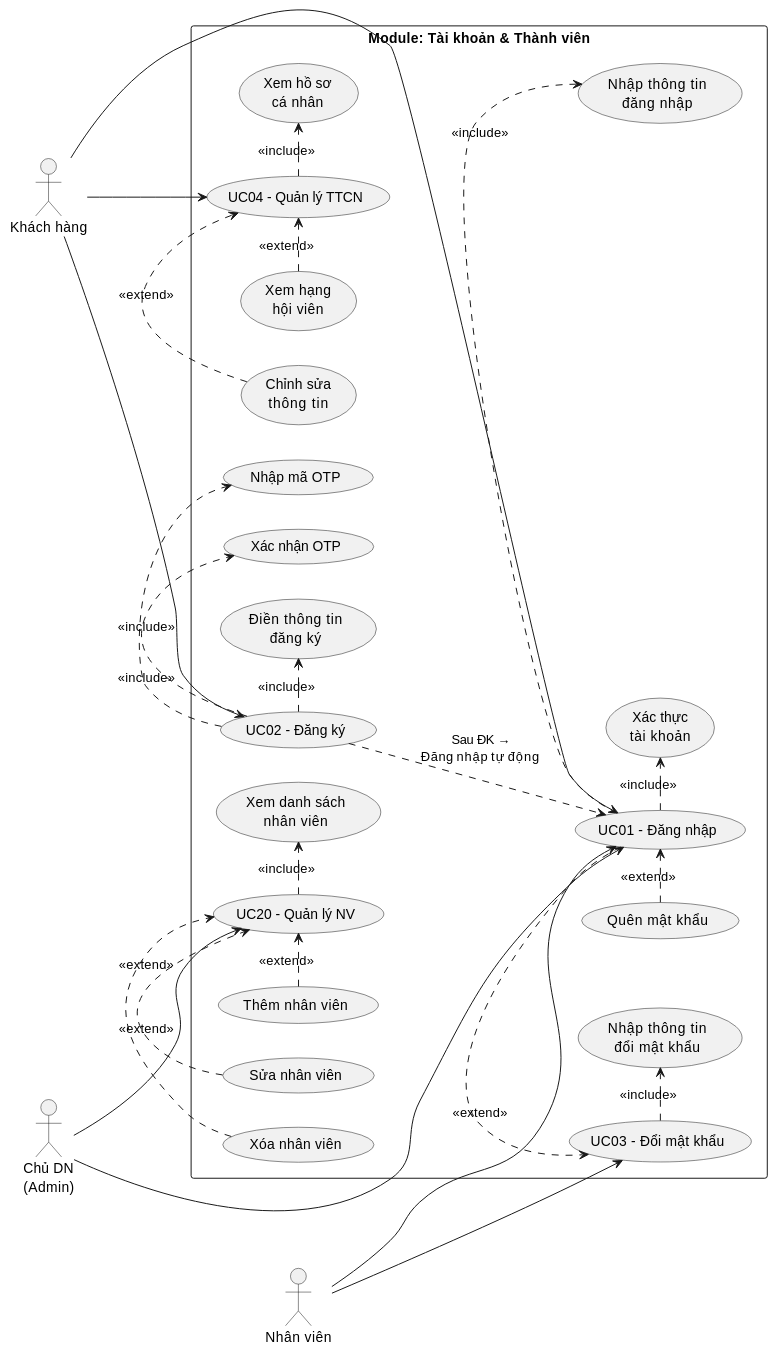
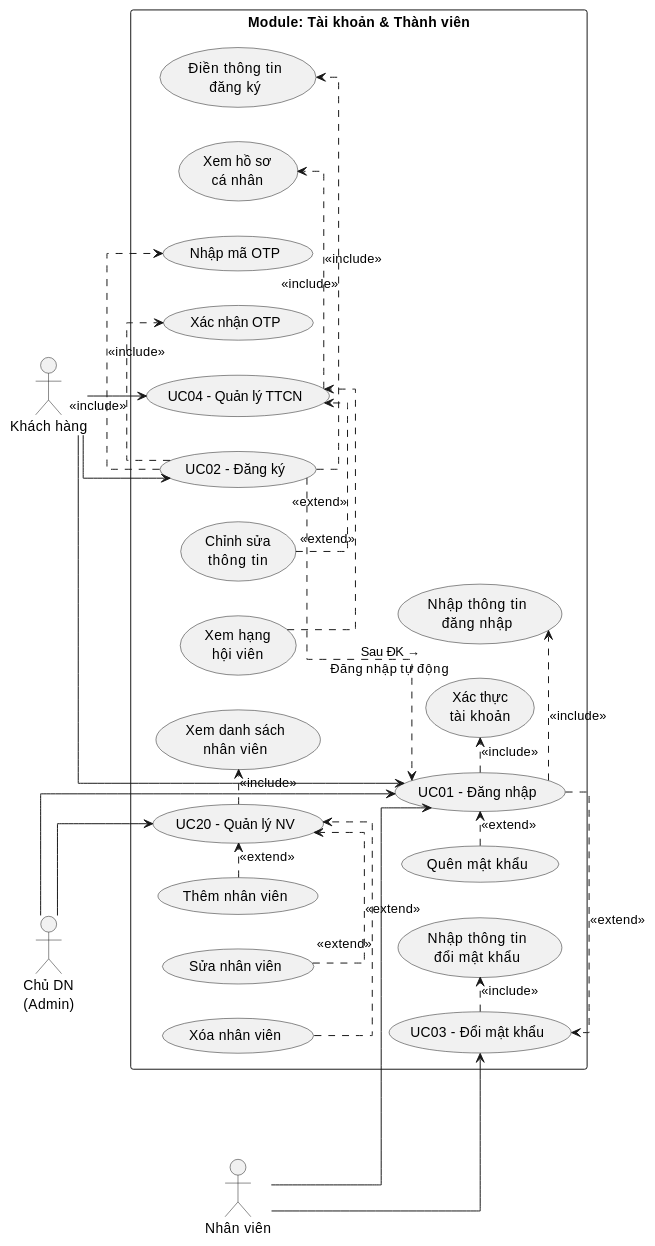
Before and after one commit to thanhtrnnn/cnpm: the diagram in docs/tabs/section-account-i.md, drawn with PlantUML. The commit also changed 15 other files, not shown here.

````diff
--- a/docs/tabs/section-account-i.md
+++ b/docs/tabs/section-account-i.md
@@ -87,81 +87,82 @@
 ```plantuml
 @startuml
 left to right direction
+skinparam linetype ortho
 skinparam packageStyle rectangle
 skinparam maxMessageSize 200
 
 actor "Khách hàng" as KH
 actor "Nhân viên" as NV
 actor "Chủ DN\n(Admin)" as Admin
 
 package "Module: Tài khoản & Thành viên" {
 
   usecase "UC01 – Đăng nhập" as UC01
   usecase "UC02 – Đăng ký" as UC02
   usecase "UC03 – Đổi mật khẩu" as UC03
   usecase "UC04 – Quản lý TTCN" as UC04
   usecase "UC20 – Quản lý NV" as UC20
 
   ' UC01 sub-UCs
   usecase "Nhập thông tin\nđăng nhập" as UC01_1
   usecase "Xác thực\ntài khoản" as UC01_2
   usecase "Quên mật khẩu" as UC01_3
 
   ' UC02 sub-UCs
   usecase "Điền thông tin\nđăng ký" as UC02_1
   usecase "Nhập mã OTP" as UC02_2
   usecase "Xác nhận OTP" as UC02_3
 
   ' UC03 sub-UCs
   usecase "Nhập thông tin\nđổi mật khẩu" as UC03_1
 
   ' UC04 sub-UCs
   usecase "Xem hồ sơ\ncá nhân" as UC04_1
   usecase "Chỉnh sửa\nthông tin" as UC04_2
   usecase "Xem hạng\nhội viên" as UC04_3
 
   ' UC20 sub-UCs
   usecase "Xem danh sách\nnhân viên" as UC20_1
   usecase "Thêm nhân viên" as UC20_2
   usecase "Sửa nhân viên" as UC20_3
   usecase "Xóa nhân viên" as UC20_4
 
   ' UC01 relationships
   UC01 .> UC01_1 : <<include>>
   UC01 .> UC01_2 : <<include>>
   UC01_3 .> UC01 : <<extend>>
 
   ' UC02 relationships
   UC02 .> UC02_1 : <<include>>
   UC02 .> UC02_2 : <<include>>
   UC02 .> UC02_3 : <<include>>
 
   ' UC03 relationships
   UC03 .> UC03_1 : <<include>>
 
   ' UC04 relationships
   UC04 .> UC04_1 : <<include>>
   UC04_2 .> UC04 : <<extend>>
   UC04_3 .> UC04 : <<extend>>
 
   ' UC20 relationships
   UC20 .> UC20_1 : <<include>>
   UC20_2 .> UC20 : <<extend>>
   UC20_3 .> UC20 : <<extend>>
   UC20_4 .> UC20 : <<extend>>
 
   ' Inter-UC relationships
   UC01 .> UC03 : <<extend>>
   UC02 ..> UC01 : "Sau ĐK →\nĐăng nhập tự động"
 }
 
 ' Actor assignments
 KH --> UC01
 KH --> UC02
 KH --> UC04
 NV --> UC01
 NV --> UC03
 Admin --> UC01
 Admin --> UC20
 @enduml
 ```
````
